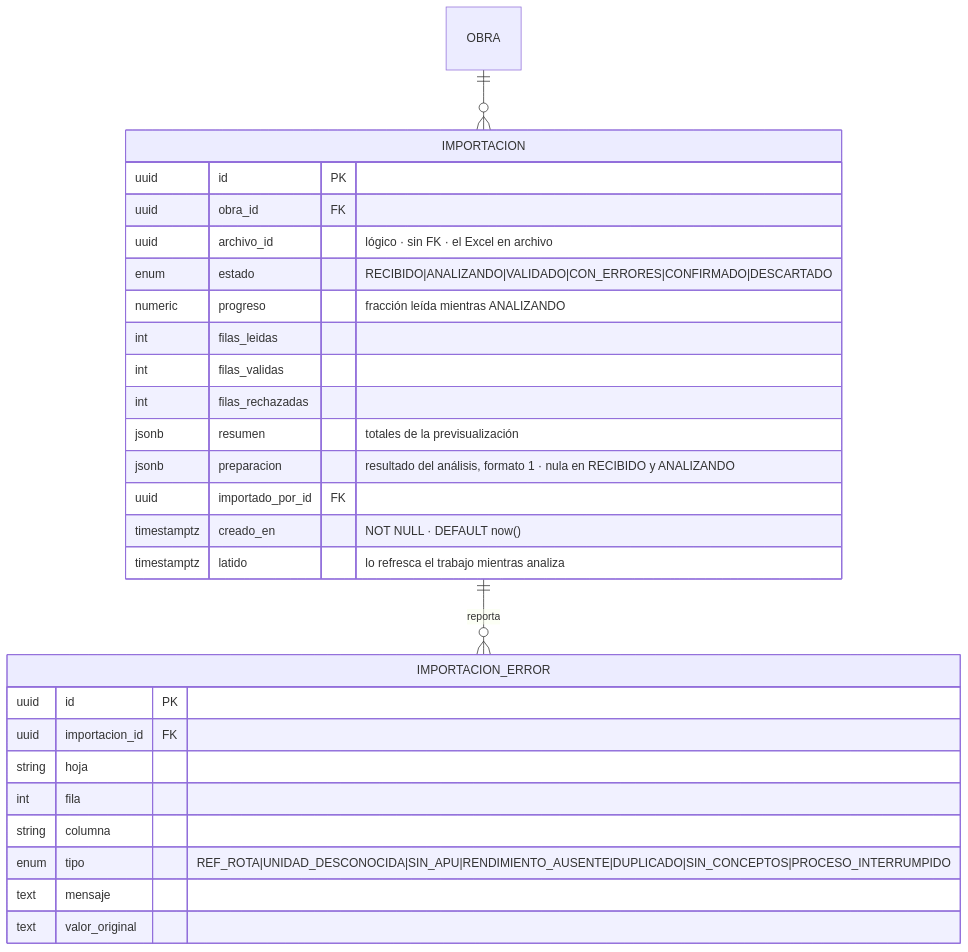
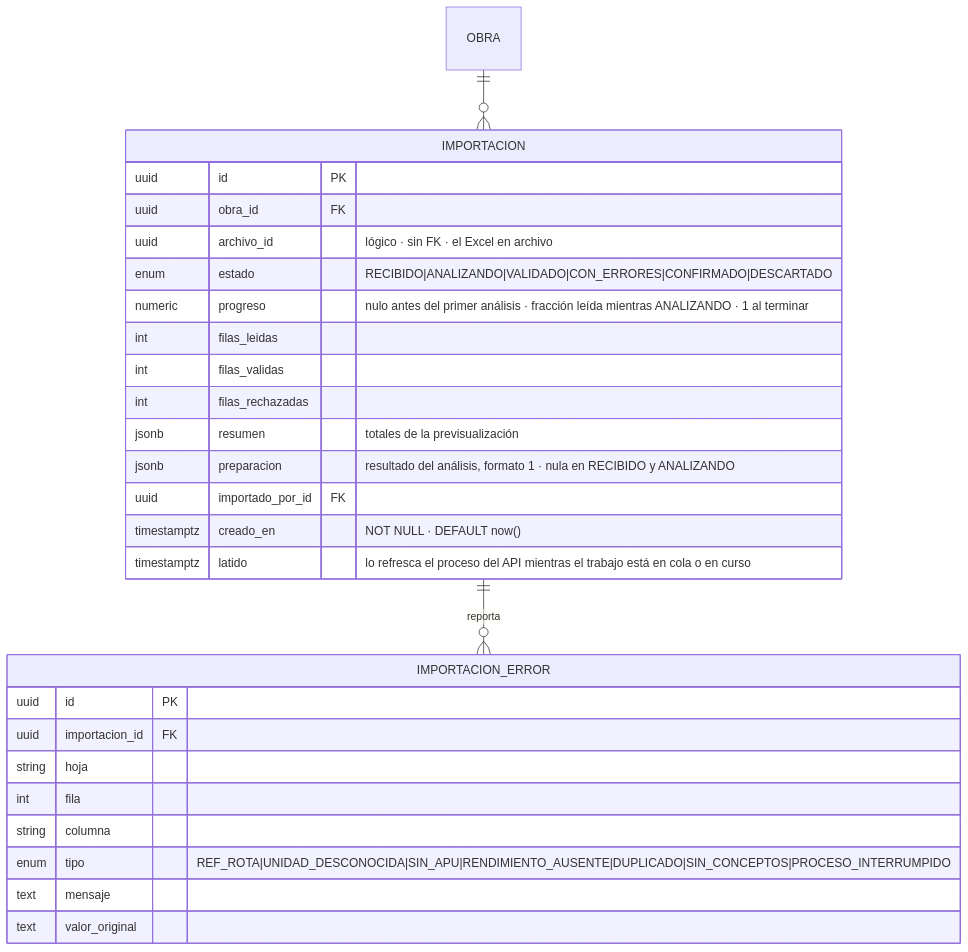
Before and after one commit to FranciscoRodSilva/IA4Devs-Proyecto-Final: diagram 11 of 18 in docs/03-modelo-datos.md, drawn with Mermaid. The commit also changed other lines of this file and 45 other files, not shown here.

````diff
--- a/docs/03-modelo-datos.md
+++ b/docs/03-modelo-datos.md
@@ -1011,31 +1011,31 @@
 ```mermaid
 erDiagram
     IMPORTACION ||--o{ IMPORTACION_ERROR : "reporta"
     OBRA ||--o{ IMPORTACION : ""
 
     IMPORTACION {
         uuid id PK
         uuid obra_id FK
         uuid archivo_id "lógico · sin FK · el Excel en archivo"
         enum estado "RECIBIDO|ANALIZANDO|VALIDADO|CON_ERRORES|CONFIRMADO|DESCARTADO"
-        numeric progreso "fracción leída mientras ANALIZANDO"
+        numeric progreso "nulo antes del primer análisis · fracción leída mientras ANALIZANDO · 1 al terminar"
         int filas_leidas
         int filas_validas
         int filas_rechazadas
         jsonb resumen "totales de la previsualización"
         jsonb preparacion "resultado del análisis, formato 1 · nula en RECIBIDO y ANALIZANDO"
         uuid importado_por_id FK
         timestamptz creado_en "NOT NULL · DEFAULT now()"
-        timestamptz latido "lo refresca el trabajo mientras analiza"
+        timestamptz latido "lo refresca el proceso del API mientras el trabajo está en cola o en curso"
     }
     IMPORTACION_ERROR {
         uuid id PK
         uuid importacion_id FK
         string hoja
         int fila
         string columna
         enum tipo "REF_ROTA|UNIDAD_DESCONOCIDA|SIN_APU|RENDIMIENTO_AUSENTE|DUPLICADO|SIN_CONCEPTOS|PROCESO_INTERRUMPIDO"
         text mensaje
         text valor_original
     }
 ```
````
